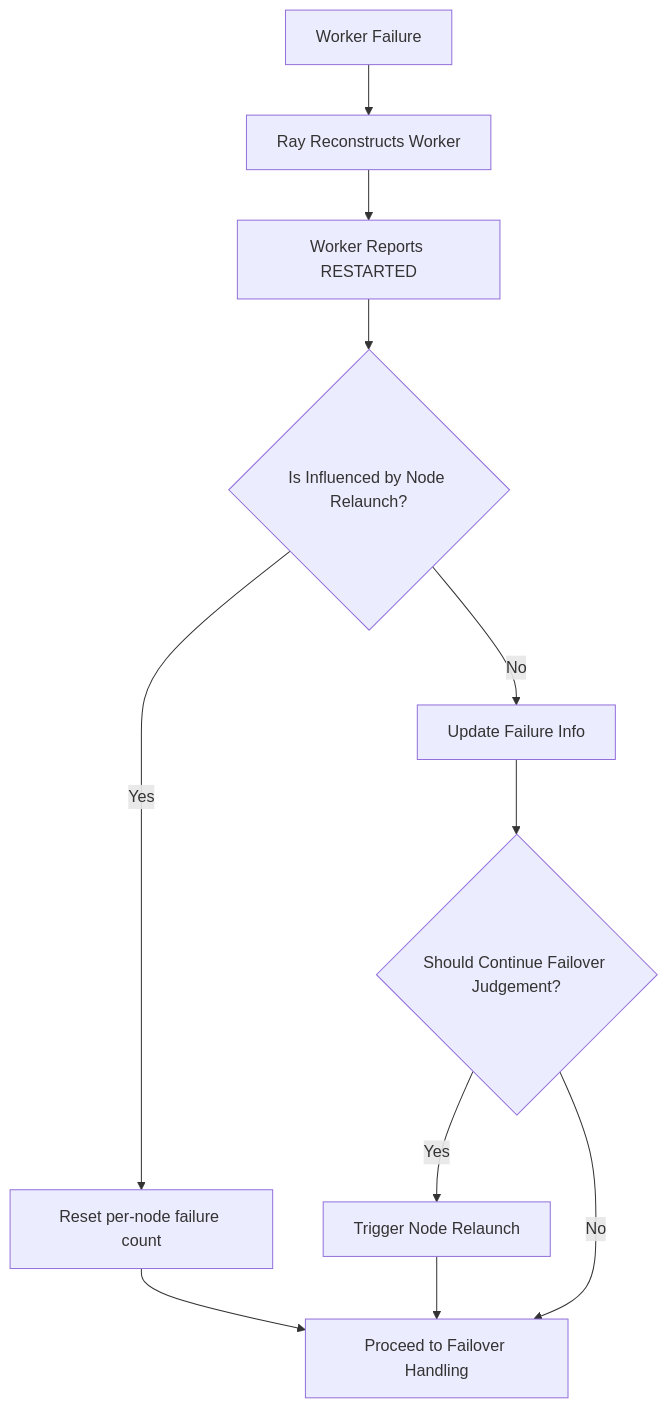
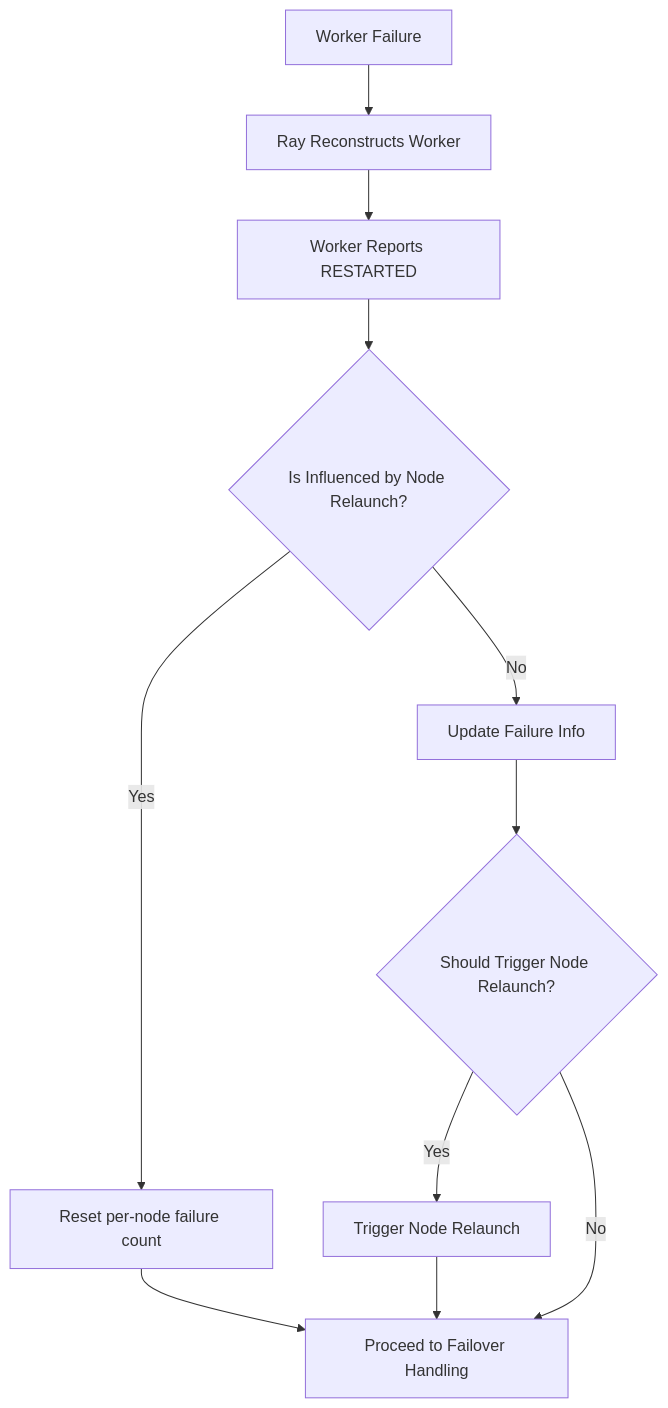
Before and after one commit to intelligent-machine-learning/dlrover: the first of 6 diagrams in docs/design/unified-failover.md, drawn with Mermaid. The commit also changed other lines of this file, not shown here.

````diff
--- a/docs/design/unified-failover.md
+++ b/docs/design/unified-failover.md
@@ -31,13 +31,13 @@
 ```mermaid
 flowchart TD
     A[Worker Failure] --> B[Ray Reconstructs Worker]
     B --> C[Worker Reports RESTARTED]
     C --> D{Is Influenced by Node Relaunch?}
     D -- Yes --> E[Reset per-node failure count]
     E --> K[Proceed to Failover Handling]
     D -- No --> F[Update Failure Info]
-    F --> G{Should Continue Failover Judgement?}
+    F --> G{Should Trigger Node Relaunch?}
     G -- Yes --> H[Trigger Node Relaunch]
     H --> K
     G -- No --> K[Proceed to Failover Handling]
 ```
````
